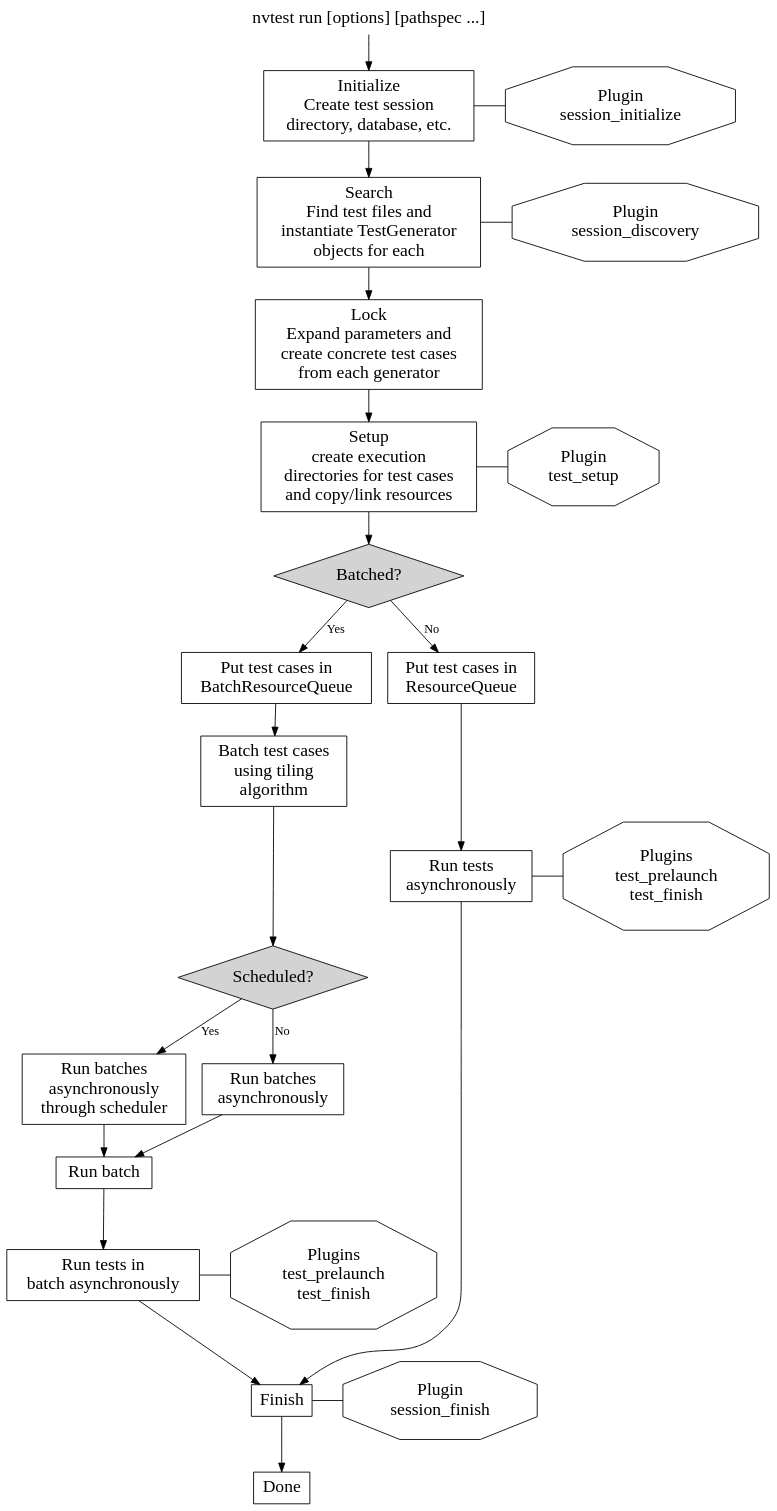
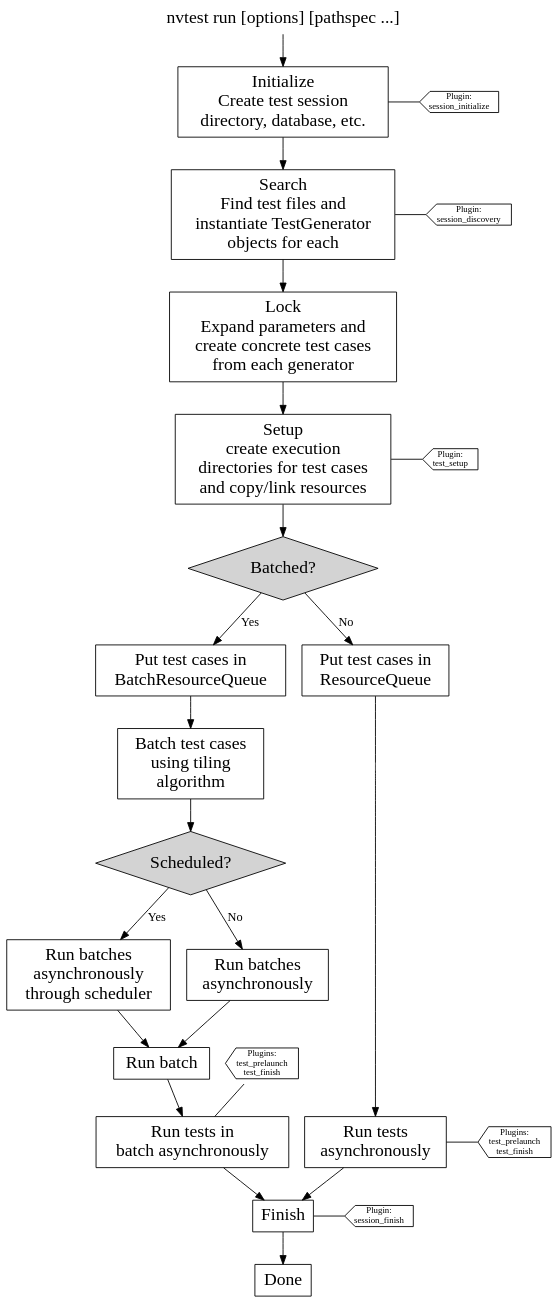
Before and after one commit to sandialabs/canary: the diagram in docs/source/dot/Design.dot, drawn with Graphviz. The commit also changed 47 other files, not shown here.

```diff
--- a/docs/source/dot/Design.dot
+++ b/docs/source/dot/Design.dot
@@ -1,165 +1,177 @@
 digraph G {
 
 bgcolor=transparent;
 overlap=compress;
 rankdir=TB;
 
 node[
   fontname=Monaco,
   penwidth=1,
   fontsize=20,
   margin=.1,
   shape=box,
   ordering=out
 ]
 
 run [
   label="nvtest run [options] [pathspec ...]",
   shape="plaintext",
   href="https://cee-gitlab.sandia.gov/ascic-test-infra/nvtest/-/blob/main/src/_nvtest/plugins/commands/nvtest_run.py?ref_type=heads#L26"
 ]
 
 plug_test_run [
-  label="Plugins\ntest_prelaunch\ntest_finish",
-  shape="octagon",
+  label="Plugins:\ntest_prelaunch\ntest_finish",
+  shape="cds",
+  orientation=180,
+  fontsize=10,
   href="https://cee-gitlab.sandia.gov/ascic-test-infra/nvtest/-/blob/main/src/_nvtest/plugin.py?ref_type=heads#L70"
 ]
 plug_test_run_b1 [
-  label="Plugins\ntest_prelaunch\ntest_finish",
-  shape="octagon",
+  label="Plugins:\ntest_prelaunch\ntest_finish",
+  shape="cds",
+  orientation=180,
+  fontsize=10,
   href="https://cee-gitlab.sandia.gov/ascic-test-infra/nvtest/-/blob/main/src/_nvtest/plugin.py?ref_type=heads#L70"
 ]
 init [
   label="Initialize\nCreate test session\ndirectory, database, etc.",
   href="https://cee-gitlab.sandia.gov/ascic-test-infra/nvtest/-/blob/main/src/_nvtest/session.py?ref_type=heads#L90"
 ]
 search [
   label="Search\nFind test files and\ninstantiate TestGenerator\nobjects for each",
   href="https://cee-gitlab.sandia.gov/ascic-test-infra/nvtest/-/blob/main/src/_nvtest/finder.py?ref_type=heads"
 ]
 lock [
   label="Lock\nExpand parameters and\ncreate concrete test cases\nfrom each generator",
   href="https://cee-gitlab.sandia.gov/ascic-test-infra/nvtest/-/blob/main/src/_nvtest/finder.py?ref_type=heads#L161"
 ]
 setup [
   label="Setup\ncreate execution\ndirectories for test cases\nand copy/link resources",
   href="https://cee-gitlab.sandia.gov/ascic-test-infra/nvtest/-/blob/main/src/_nvtest/test/case.py?ref_type=heads#L806"
 ]
 finish [label="Finish"]
 done [label="Done"]
 
 plug_session_init [
-  label="Plugin\nsession_initialize",
-  shape="octagon",
+  label="Plugin:\nsession_initialize",
+  shape="cds",
+  orientation=180,
+  fontsize=10,
   href="https://cee-gitlab.sandia.gov/ascic-test-infra/nvtest/-/blob/main/src/_nvtest/session.py?ref_type=heads#L175",
 ]
 plug_session_discovery [
-  label="Plugin\nsession_discovery",
-  shape="octagon",
+  label="Plugin:\nsession_discovery",
+  shape="cds",
+  orientation=180,
+  fontsize=10,
   href="https://cee-gitlab.sandia.gov/ascic-test-infra/nvtest/-/blob/main/src/_nvtest/session.py?ref_type=heads#L402",
 ]
 plug_session_finish [
-  label="Plugin\nsession_finish",
-  shape="octagon"
+  label="Plugin:\nsession_finish",
+  shape="cds"
+  orientation=180,
+  fontsize=10,
 ]
 plug_test_setup [
-  label="Plugin\ntest_setup",
-  shape="octagon",
+  label="Plugin:\ntest_setup",
+  shape="cds",
+  orientation=180,
+  fontsize=10,
   href="https://cee-gitlab.sandia.gov/ascic-test-infra/nvtest/-/blob/main/src/_nvtest/test/case.py?ref_type=heads#L818"
 ]
 
   queue [
     label="Put test cases in\nResourceQueue",
     href="https://cee-gitlab.sandia.gov/ascic-test-infra/nvtest/-/blob/main/src/_nvtest/queues.py?ref_type=heads#L203"
   ]
   batch_queue [
     label="Put test cases in\nBatchResourceQueue",
     href="https://cee-gitlab.sandia.gov/ascic-test-infra/nvtest/-/blob/main/src/_nvtest/queues.py?ref_type=heads#L264"
   ]
 
   batched [
     label="Batched?",
     fixedsize="true",
     width="3",
     height="1",
     shape="diamond",
     style="filled",
     href="https://cee-gitlab.sandia.gov/ascic-test-infra/nvtest/-/blob/main/src/_nvtest/test/batch.py?ref_type=heads"
   ]
   batch_cases [
     label="Batch test cases\nusing tiling\nalgorithm",
     href="https://cee-gitlab.sandia.gov/ascic-test-infra/nvtest/-/blob/main/src/_nvtest/util/partition.py?ref_type=heads#L53"
 
   ]
   run_batch [
     label="Run batch",
     href="https://cee-gitlab.sandia.gov/ascic-test-infra/nvtest/-/blob/main/src/_nvtest/plugins/runners/nvtest_slurm.py?ref_type=heads#L77"
   ]
 
   scheduled [
     label="Scheduled?",
     fixedsize="true",
     width="3",
     height="1",
     shape="diamond",
     style="filled"
   ]
   run_batched_sched [
     label="Run batches\nasynchronously\nthrough scheduler",
     href="https://cee-gitlab.sandia.gov/ascic-test-infra/nvtest/-/blob/main/src/_nvtest/runners.py?ref_type=heads#L116"
   ]
   run_async_b1 [
     label="Run tests in\nbatch asynchronously",
     href="https://cee-gitlab.sandia.gov/ascic-test-infra/nvtest/-/blob/main/src/_nvtest/runners.py?ref_type=heads#L26"
   ]
 
   run_batched_no_sched [
     label="Run batches\nasynchronously",
     href="https://cee-gitlab.sandia.gov/ascic-test-infra/nvtest/-/blob/main/src/_nvtest/runners.py?ref_type=heads#L116"
   ]
 
   run_async [
     label="Run tests\nasynchronously",
     href="https://cee-gitlab.sandia.gov/ascic-test-infra/nvtest/-/blob/main/src/_nvtest/runners.py?ref_type=heads#L26"
   ]
 
   nothing1 [style="invis" label="          "]
   nothing2 [style="invis" label="          "]
 
   batched -> batch_queue [label="Yes"]
   batch_queue -> batch_cases -> scheduled
   scheduled -> run_batched_sched [label="Yes"]
   run_batched_sched -> run_batch
   run_batch -> run_async_b1 //nothing1 [style="invis"]
   plug_test_run_b1 -> run_async_b1 [arrowhead="none"]
 
   scheduled -> run_batched_no_sched [label="No"]
   run_batched_no_sched -> run_batch
 
   batched -> queue [label="No"]
   queue -> run_async
   run_async -> plug_test_run [arrowhead="none"]
   run_async -> finish
 
   run -> init
   init -> plug_session_init [arrowhead="none"]
   init -> search
   search -> plug_session_discovery [arrowhead="none"]
   search -> lock -> setup
   setup -> plug_test_setup [arrowhead="none"]
   setup -> batched
 
   run_async_b1 -> finish
 
   finish -> plug_session_finish [arrowhead="none"]
   finish -> done
 
   {rank="same"; init; plug_session_init;}
   {rank="same"; search; plug_session_discovery;}
   {rank="same"; setup; plug_test_setup;}
-  {rank="same"; plug_test_run; run_async;}
+  {rank="same"; batch_queue; queue;}
   {rank="same"; finish; plug_session_finish;}
-  {rank="same"; run_async_b1; plug_test_run_b1}
+  {rank="same"; /*plug_test_run_b1;*/ run_async_b1; run_async; plug_test_run}
   {rank="same"; run_batched_no_sched; run_batched_sched}
 
 }
```
